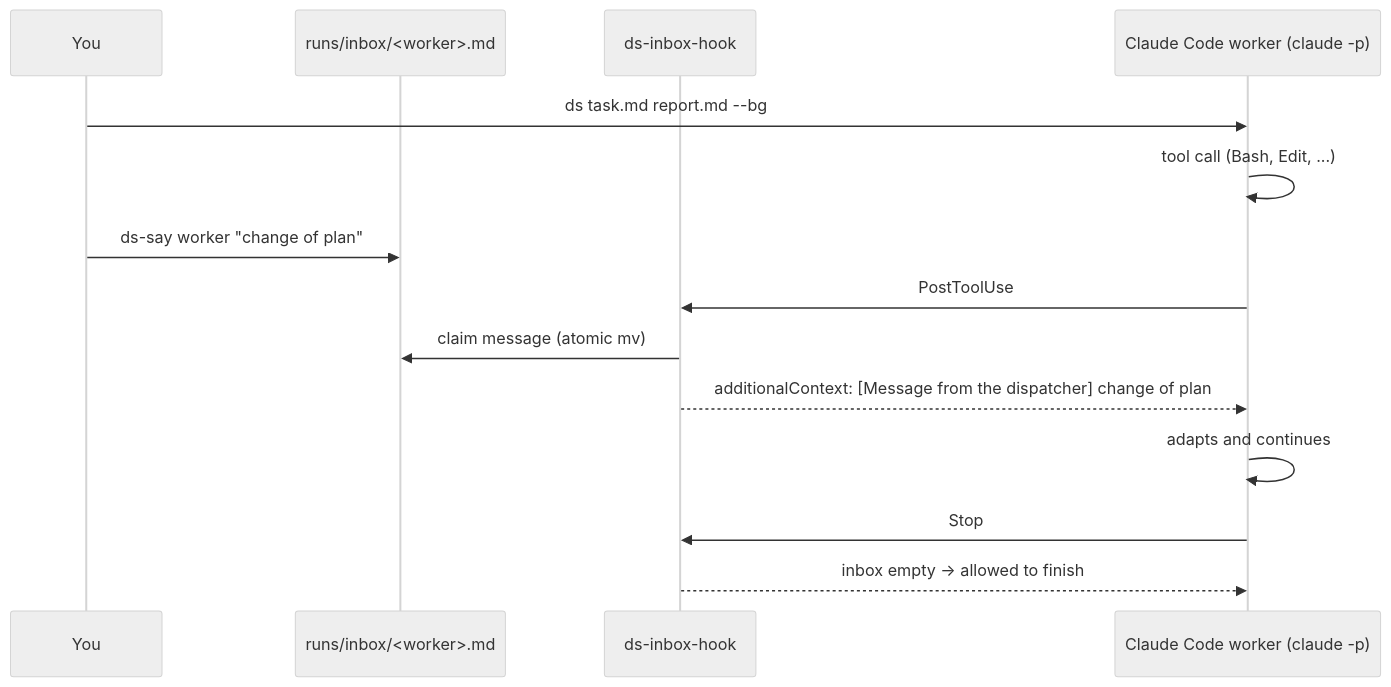
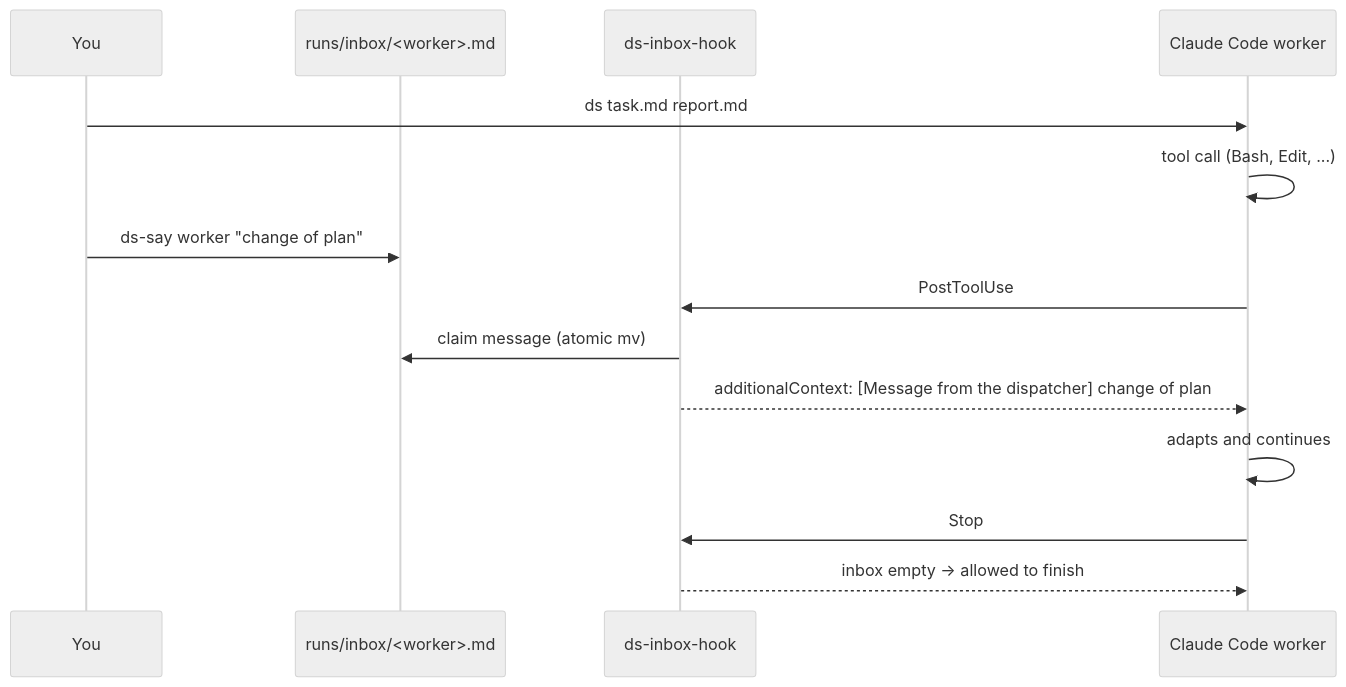
Before and after one commit to MuQY1818/ds-worker: the diagram in README.md, drawn with Mermaid (neutral theme). The commit also changed other lines of this file and 18 other files, not shown here.

````diff
--- a/README.md
+++ b/README.md
@@ -62,16 +96,16 @@
 ```mermaid
 sequenceDiagram
     participant You
     participant Inbox as runs/inbox/<worker>.md
     participant Hook as ds-inbox-hook
-    participant Worker as Claude Code worker (claude -p)
-    You->>Worker: ds task.md report.md --bg
+    participant Worker as Claude Code worker
+    You->>Worker: ds task.md report.md
     Worker->>Worker: tool call (Bash, Edit, ...)
     You->>Inbox: ds-say worker "change of plan"
     Worker->>Hook: PostToolUse
     Hook->>Inbox: claim message (atomic mv)
     Hook-->>Worker: additionalContext: [Message from the dispatcher] change of plan
     Worker->>Worker: adapts and continues
     Worker->>Hook: Stop
     Hook-->>Worker: inbox empty → allowed to finish
 ```
````
